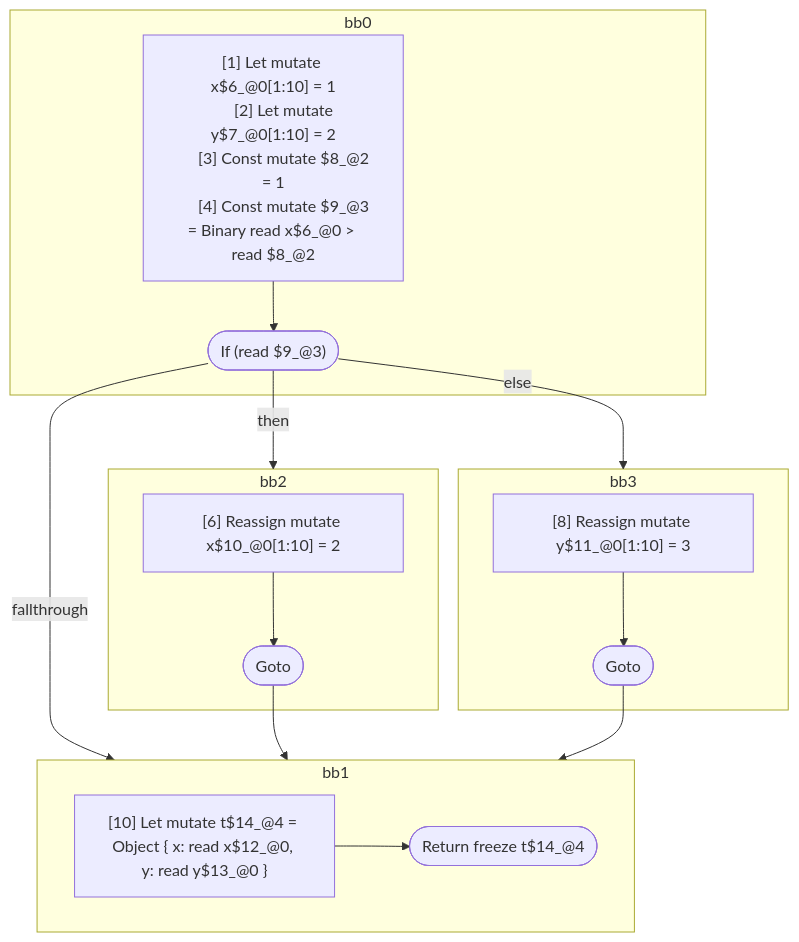
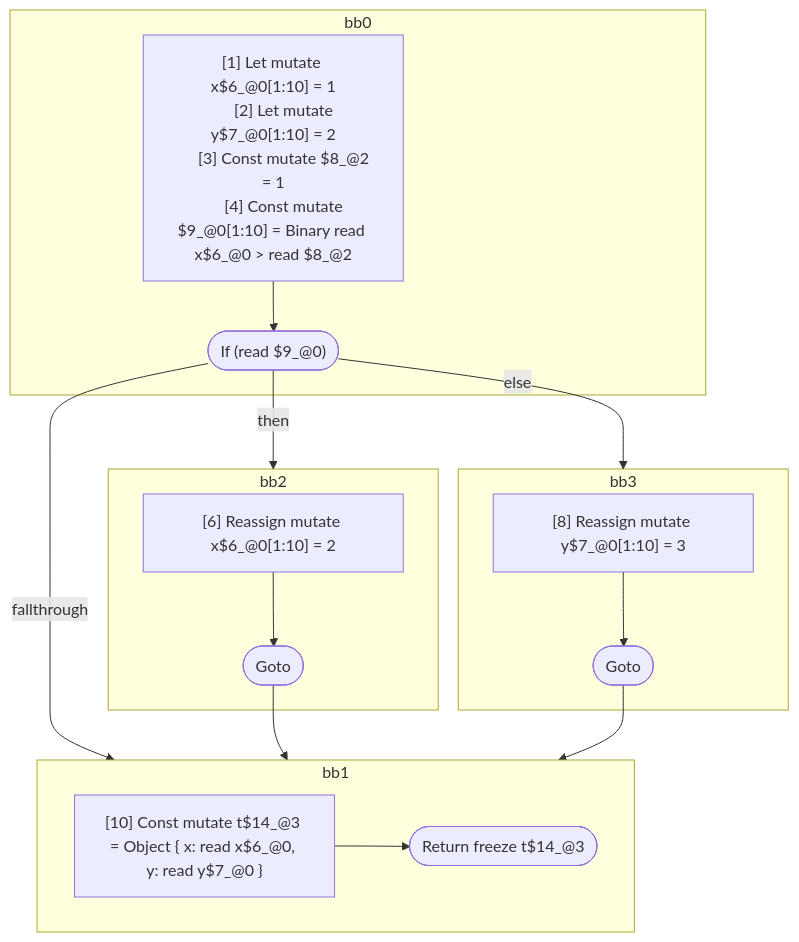
Before and after one commit to wutsmog/private: the diagram in compiler/forget/src/__tests__/fixtures/hir/ssa-objectexpression-phi.expect.md, drawn with Mermaid. The commit also changed other lines of this file and 61 other files, not shown here.

````diff
--- a/compiler/forget/src/__tests__/fixtures/hir/ssa-objectexpression-phi.expect.md
+++ b/compiler/forget/src/__tests__/fixtures/hir/ssa-objectexpression-phi.expect.md
@@ -50,39 +49,39 @@
 ```mermaid
 flowchart TB
   %% Basic Blocks
   subgraph bb0
     bb0_instrs["
       [1] Let mutate x$6_@0[1:10] = 1
       [2] Let mutate y$7_@0[1:10] = 2
       [3] Const mutate $8_@2 = 1
-      [4] Const mutate $9_@3 = Binary read x$6_@0 > read $8_@2
+      [4] Const mutate $9_@0[1:10] = Binary read x$6_@0 > read $8_@2
     "]
-    bb0_instrs --> bb0_terminal(["If (read $9_@3)"])
+    bb0_instrs --> bb0_terminal(["If (read $9_@0)"])
   end
   subgraph bb2
     bb2_instrs["
-      [6] Reassign mutate x$10_@0[1:10] = 2
+      [6] Reassign mutate x$6_@0[1:10] = 2
     "]
     bb2_instrs --> bb2_terminal(["Goto"])
   end
   subgraph bb3
     bb3_instrs["
-      [8] Reassign mutate y$11_@0[1:10] = 3
+      [8] Reassign mutate y$7_@0[1:10] = 3
     "]
     bb3_instrs --> bb3_terminal(["Goto"])
   end
   subgraph bb1
     bb1_instrs["
-      [10] Let mutate t$14_@4 = Object { x: read x$12_@0, y: read y$13_@0 }
+      [10] Const mutate t$14_@3 = Object { x: read x$6_@0, y: read y$7_@0 }
     "]
-    bb1_instrs --> bb1_terminal(["Return freeze t$14_@4"])
+    bb1_instrs --> bb1_terminal(["Return freeze t$14_@3"])
   end
 
   %% Jumps
   bb0_terminal -- "then" --> bb2
   bb0_terminal -- "else" --> bb3
   bb0_terminal -- "fallthrough" --> bb1
   bb2_terminal --> bb1
   bb3_terminal --> bb1
 
 ```
````
